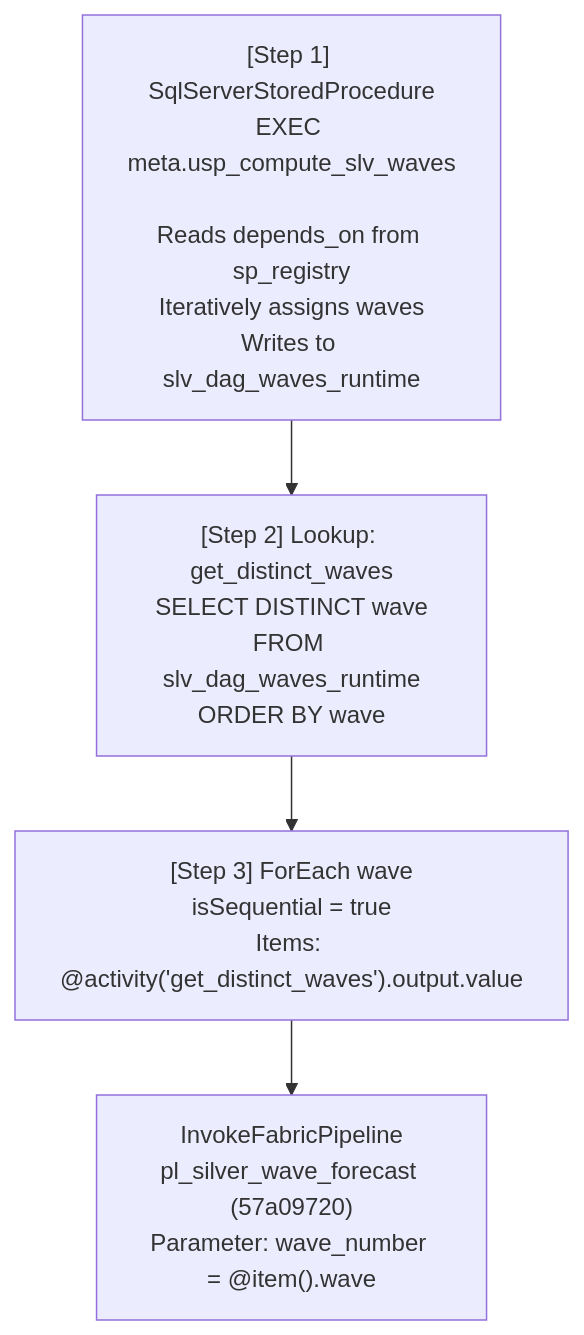
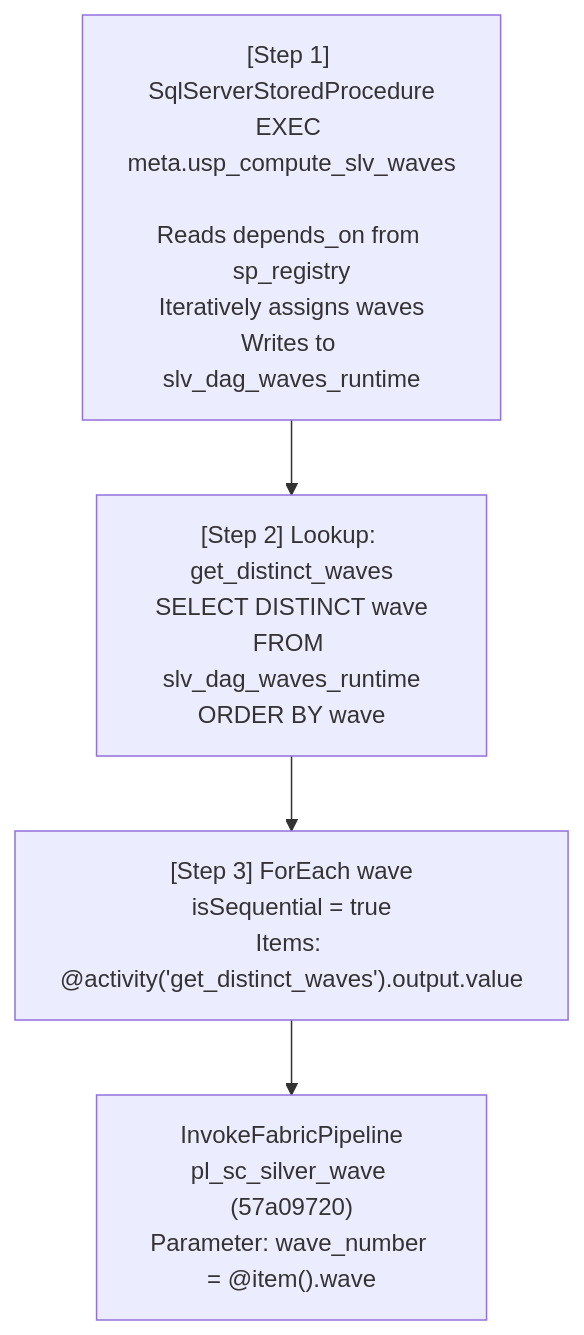
Before and after one commit to ankinguyen-engineer-2002/Fabric-v9-Warehouse-Medallion: the fourth of 11 diagrams in Fabric_Architect/v9_architecture_supplychain.md, drawn with Mermaid. The commit also changed other lines of this file and 13 other files, not shown here.

First line of the commit message:
Multi-mart architecture: full doc overhaul — 14 files, 7 pipelines

````diff
--- a/Fabric_Architect/v9_architecture_supplychain.md
+++ b/Fabric_Architect/v9_architecture_supplychain.md
@@ -240,13 +240,13 @@
 ```mermaid
 flowchart TD
     CW["[Step 1] SqlServerStoredProcedure\nEXEC meta.usp_compute_slv_waves\n\nReads depends_on from sp_registry\nIteratively assigns waves\nWrites to slv_dag_waves_runtime"]
 
     LW["[Step 2] Lookup: get_distinct_waves\nSELECT DISTINCT wave\nFROM slv_dag_waves_runtime\nORDER BY wave"]
 
     FE["[Step 3] ForEach wave\nisSequential = true\nItems: @activity('get_distinct_waves').output.value"]
 
-    IP["InvokeFabricPipeline\npl_silver_wave_forecast (57a09720)\nParameter: wave_number = @item().wave"]
+    IP["InvokeFabricPipeline\npl_sc_silver_wave (57a09720)\nParameter: wave_number = @item().wave"]
 
     CW --> LW --> FE
     FE --> IP
 ```
````
